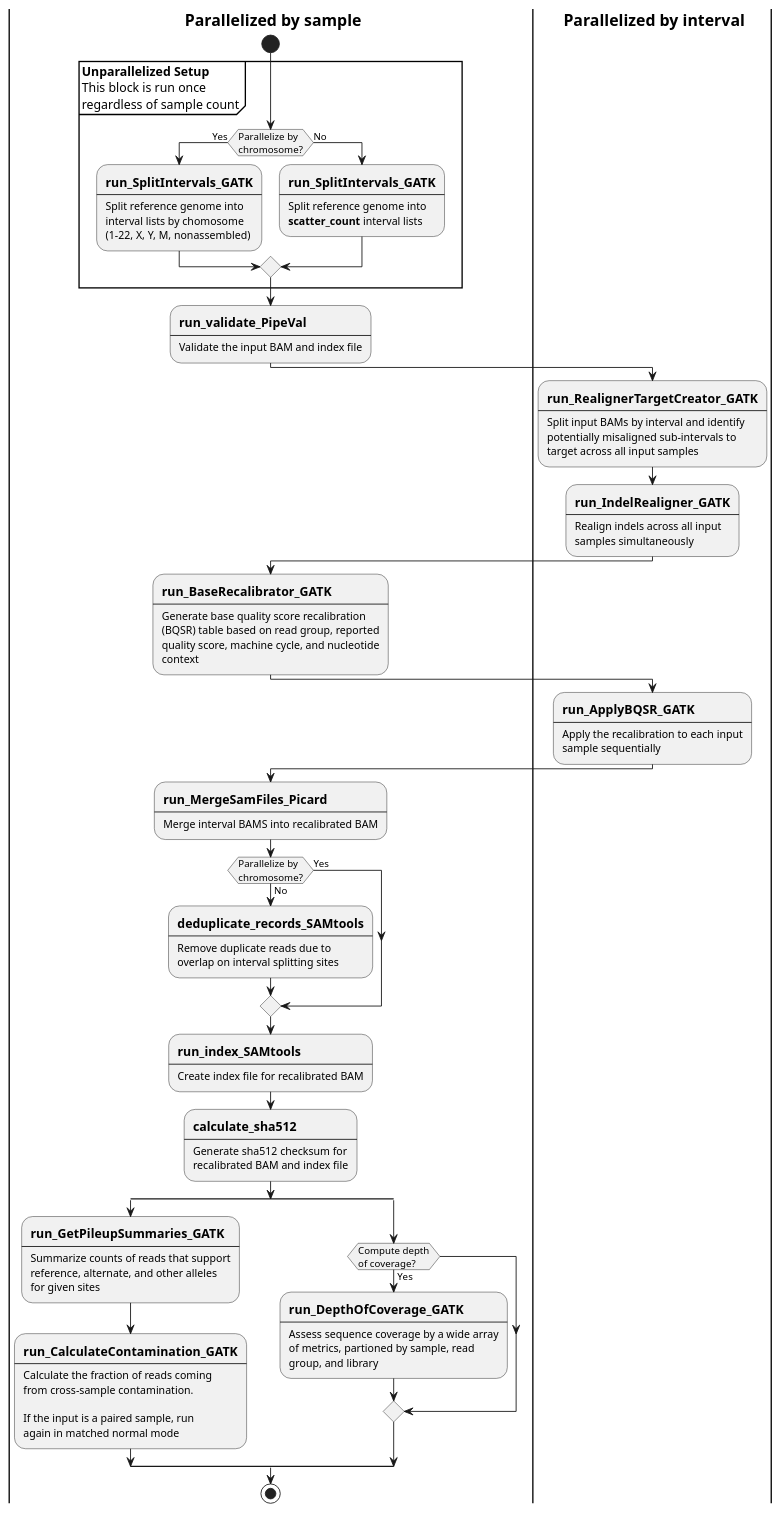
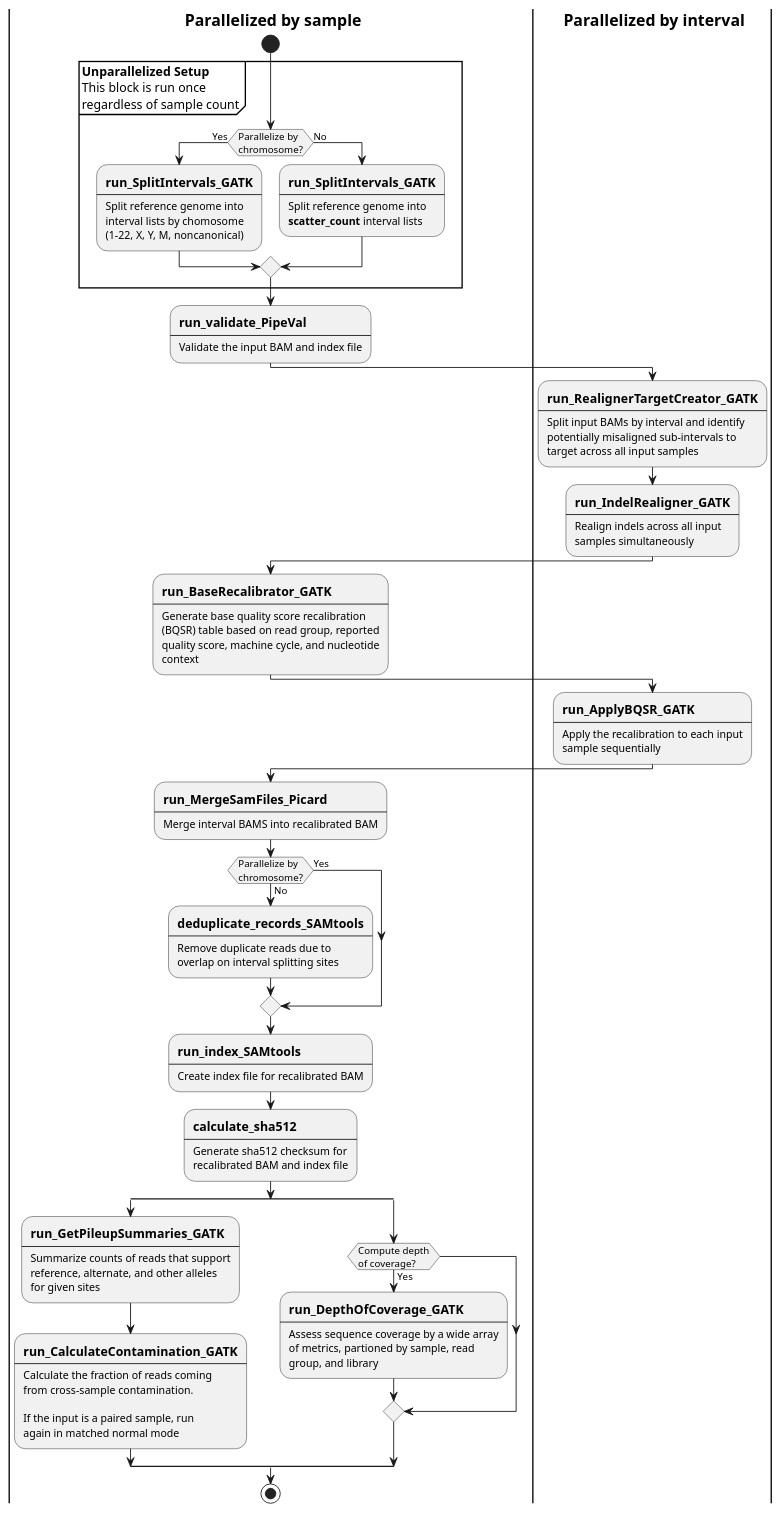
The diagram in docs/recalibrate-bam-flow.puml (uclahs-cds/pipeline-recalibrate-BAM), drawn with PlantUML before and after one commit. The commit also changed 5 other files, not shown here.

```diff
--- a/docs/recalibrate-bam-flow.puml
+++ b/docs/recalibrate-bam-flow.puml
@@ -1,113 +1,113 @@
 @startuml
 
 skinparam SwimlaneTitleFontStyle bold
 
 
 |s| Parallelized by sample
 |i| Parallelized by interval
 
 
 |s|
 
 start
 
 partition "**Unparallelized Setup**\nThis block is run once\nregardless of sample count" {
     if (Parallelize by\nchromosome?) is (Yes) then
         :==run_SplitIntervals_GATK
         ----
         Split reference genome into
         interval lists by chomosome
-        (1-22, X, Y, M, nonassembled);
+        (1-22, X, Y, M, noncanonical);
     else (No)
         :==run_SplitIntervals_GATK
         ----
         Split reference genome into
         **scatter_count** interval lists;
     endif
 }
 
 :==run_validate_PipeVal
 ----
 Validate the input BAM and index file;
 
 
 |i|
 
 :==run_RealignerTargetCreator_GATK
 ----
 Split input BAMs by interval and identify
 potentially misaligned sub-intervals to
 target across all input samples;
 
 :==run_IndelRealigner_GATK
 ----
 Realign indels across all input
 samples simultaneously;
 
 |s|
 
 :==run_BaseRecalibrator_GATK
 ----
 Generate base quality score recalibration
 (BQSR) table based on read group, reported
 quality score, machine cycle, and nucleotide
 context;
 
 |i|
 
 :==run_ApplyBQSR_GATK
 ----
 Apply the recalibration to each input
 sample sequentially;
 
 |s|
 
 :==run_MergeSamFiles_Picard
 ----
 Merge interval BAMS into recalibrated BAM;
 
 if (Parallelize by\nchromosome?) is (No) then
     :==deduplicate_records_SAMtools
     ----
     Remove duplicate reads due to 
     overlap on interval splitting sites;
 else (Yes)
 endif
 
 :==run_index_SAMtools
 ----
 Create index file for recalibrated BAM;
 
 :==calculate_sha512
 ----
 Generate sha512 checksum for
 recalibrated BAM and index file;
 
 split
     :==run_GetPileupSummaries_GATK
     ----
     Summarize counts of reads that support
     reference, alternate, and other alleles
     for given sites;
 
     :==run_CalculateContamination_GATK
     ----
     Calculate the fraction of reads coming
     from cross-sample contamination.
 
     If the input is a paired sample, run
     again in matched normal mode;
 split again
     if (Compute depth\nof coverage?) is (Yes) then
         :==run_DepthOfCoverage_GATK
         ----
         Assess sequence coverage by a wide array
         of metrics, partioned by sample, read
         group, and library;
     endif
 end split
 
 stop
 
 
 @enduml
```
